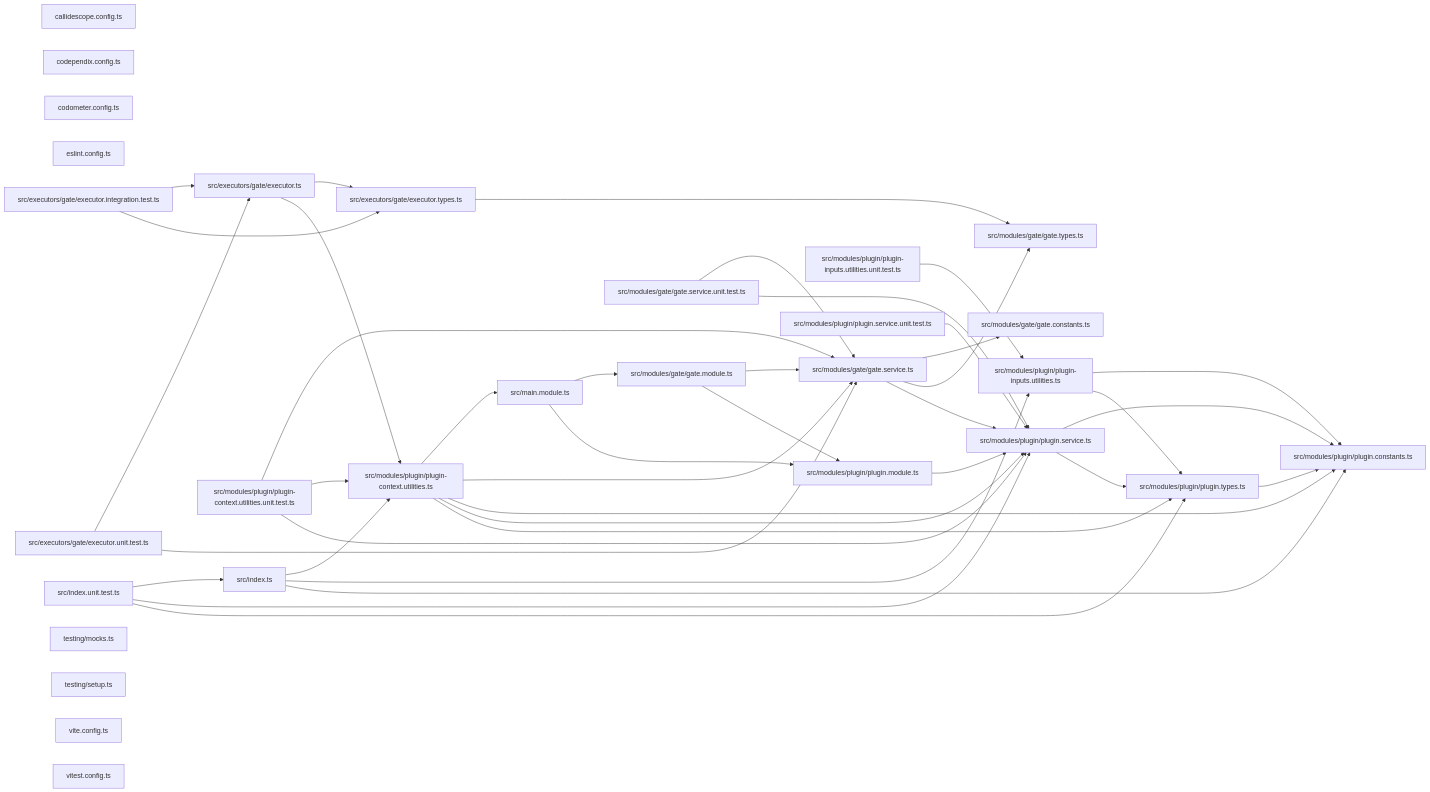
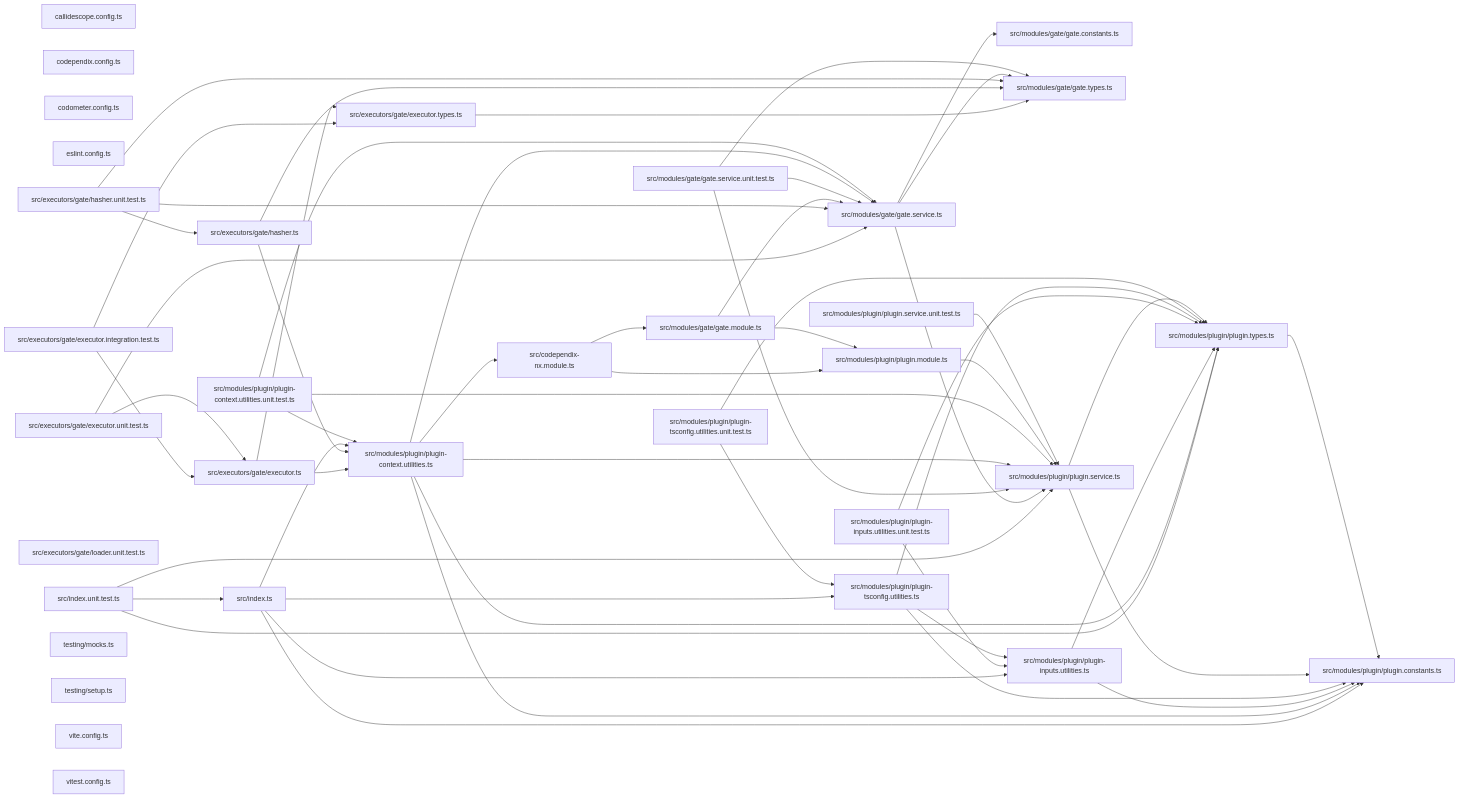
The third of 3 diagrams in projects/ic-suite/codependix/codependix-nx/README.md (organizzolini/codebase), drawn with Mermaid before and after one commit. The commit also changed other lines of this file and 2324 other files, not shown here.

```diff
--- a/projects/ic-suite/codependix/codependix-nx/README.md
+++ b/projects/ic-suite/codependix/codependix-nx/README.md
@@ -257,13 +268,16 @@
   file_codependix_config_ts["codependix.config.ts"]
   file_codometer_config_ts["codometer.config.ts"]
   file_eslint_config_ts["eslint.config.ts"]
+  file_src_codependix_nx_module_ts["src/codependix-nx.module.ts"]
   file_src_executors_gate_executor_integration_test_ts["src/executors/gate/executor.integration.test.ts"]
   file_src_executors_gate_executor_ts["src/executors/gate/executor.ts"]
   file_src_executors_gate_executor_types_ts["src/executors/gate/executor.types.ts"]
   file_src_executors_gate_executor_unit_test_ts["src/executors/gate/executor.unit.test.ts"]
+  file_src_executors_gate_hasher_ts["src/executors/gate/hasher.ts"]
+  file_src_executors_gate_hasher_unit_test_ts["src/executors/gate/hasher.unit.test.ts"]
+  file_src_executors_gate_loader_unit_test_ts["src/executors/gate/loader.unit.test.ts"]
   file_src_index_ts["src/index.ts"]
   file_src_index_unit_test_ts["src/index.unit.test.ts"]
-  file_src_main_module_ts["src/main.module.ts"]
   file_src_modules_gate_gate_constants_ts["src/modules/gate/gate.constants.ts"]
   file_src_modules_gate_gate_module_ts["src/modules/gate/gate.module.ts"]
   file_src_modules_gate_gate_service_ts["src/modules/gate/gate.service.ts"]
@@ -273,6 +287,8 @@
   file_src_modules_plugin_plugin_context_utilities_unit_test_ts["src/modules/plugin/plugin-context.utilities.unit.test.ts"]
   file_src_modules_plugin_plugin_inputs_utilities_ts["src/modules/plugin/plugin-inputs.utilities.ts"]
   file_src_modules_plugin_plugin_inputs_utilities_unit_test_ts["src/modules/plugin/plugin-inputs.utilities.unit.test.ts"]
+  file_src_modules_plugin_plugin_tsconfig_utilities_ts["src/modules/plugin/plugin-tsconfig.utilities.ts"]
+  file_src_modules_plugin_plugin_tsconfig_utilities_unit_test_ts["src/modules/plugin/plugin-tsconfig.utilities.unit.test.ts"]
   file_src_modules_plugin_plugin_constants_ts["src/modules/plugin/plugin.constants.ts"]
   file_src_modules_plugin_plugin_module_ts["src/modules/plugin/plugin.module.ts"]
   file_src_modules_plugin_plugin_service_ts["src/modules/plugin/plugin.service.ts"]
@@ -282,6 +298,8 @@
   file_testing_setup_ts["testing/setup.ts"]
   file_vite_config_ts["vite.config.ts"]
   file_vitest_config_ts["vitest.config.ts"]
+  file_src_codependix_nx_module_ts --> file_src_modules_gate_gate_module_ts
+  file_src_codependix_nx_module_ts --> file_src_modules_plugin_plugin_module_ts
   file_src_executors_gate_executor_integration_test_ts --> file_src_executors_gate_executor_ts
   file_src_executors_gate_executor_integration_test_ts --> file_src_executors_gate_executor_types_ts
   file_src_executors_gate_executor_ts --> file_src_executors_gate_executor_types_ts
@@ -289,22 +307,27 @@
   file_src_executors_gate_executor_types_ts --> file_src_modules_gate_gate_types_ts
   file_src_executors_gate_executor_unit_test_ts --> file_src_executors_gate_executor_ts
   file_src_executors_gate_executor_unit_test_ts --> file_src_modules_gate_gate_service_ts
+  file_src_executors_gate_hasher_ts --> file_src_modules_gate_gate_types_ts
+  file_src_executors_gate_hasher_ts --> file_src_modules_plugin_plugin_context_utilities_ts
+  file_src_executors_gate_hasher_unit_test_ts --> file_src_executors_gate_hasher_ts
+  file_src_executors_gate_hasher_unit_test_ts --> file_src_modules_gate_gate_service_ts
+  file_src_executors_gate_hasher_unit_test_ts --> file_src_modules_gate_gate_types_ts
   file_src_index_ts --> file_src_modules_plugin_plugin_context_utilities_ts
   file_src_index_ts --> file_src_modules_plugin_plugin_inputs_utilities_ts
+  file_src_index_ts --> file_src_modules_plugin_plugin_tsconfig_utilities_ts
   file_src_index_ts --> file_src_modules_plugin_plugin_constants_ts
   file_src_index_unit_test_ts --> file_src_index_ts
   file_src_index_unit_test_ts --> file_src_modules_plugin_plugin_service_ts
   file_src_index_unit_test_ts --> file_src_modules_plugin_plugin_types_ts
-  file_src_main_module_ts --> file_src_modules_gate_gate_module_ts
-  file_src_main_module_ts --> file_src_modules_plugin_plugin_module_ts
   file_src_modules_gate_gate_module_ts --> file_src_modules_gate_gate_service_ts
   file_src_modules_gate_gate_module_ts --> file_src_modules_plugin_plugin_module_ts
   file_src_modules_gate_gate_service_ts --> file_src_modules_gate_gate_constants_ts
   file_src_modules_gate_gate_service_ts --> file_src_modules_gate_gate_types_ts
   file_src_modules_gate_gate_service_ts --> file_src_modules_plugin_plugin_service_ts
   file_src_modules_gate_gate_service_unit_test_ts --> file_src_modules_gate_gate_service_ts
+  file_src_modules_gate_gate_service_unit_test_ts --> file_src_modules_gate_gate_types_ts
   file_src_modules_gate_gate_service_unit_test_ts --> file_src_modules_plugin_plugin_service_ts
-  file_src_modules_plugin_plugin_context_utilities_ts --> file_src_main_module_ts
+  file_src_modules_plugin_plugin_context_utilities_ts --> file_src_codependix_nx_module_ts
   file_src_modules_plugin_plugin_context_utilities_ts --> file_src_modules_gate_gate_service_ts
   file_src_modules_plugin_plugin_context_utilities_ts --> file_src_modules_plugin_plugin_constants_ts
   file_src_modules_plugin_plugin_context_utilities_ts --> file_src_modules_plugin_plugin_service_ts
@@ -315,6 +338,12 @@
   file_src_modules_plugin_plugin_inputs_utilities_ts --> file_src_modules_plugin_plugin_constants_ts
   file_src_modules_plugin_plugin_inputs_utilities_ts --> file_src_modules_plugin_plugin_types_ts
   file_src_modules_plugin_plugin_inputs_utilities_unit_test_ts --> file_src_modules_plugin_plugin_inputs_utilities_ts
+  file_src_modules_plugin_plugin_inputs_utilities_unit_test_ts --> file_src_modules_plugin_plugin_types_ts
+  file_src_modules_plugin_plugin_tsconfig_utilities_ts --> file_src_modules_plugin_plugin_inputs_utilities_ts
+  file_src_modules_plugin_plugin_tsconfig_utilities_ts --> file_src_modules_plugin_plugin_constants_ts
+  file_src_modules_plugin_plugin_tsconfig_utilities_ts --> file_src_modules_plugin_plugin_types_ts
+  file_src_modules_plugin_plugin_tsconfig_utilities_unit_test_ts --> file_src_modules_plugin_plugin_tsconfig_utilities_ts
+  file_src_modules_plugin_plugin_tsconfig_utilities_unit_test_ts --> file_src_modules_plugin_plugin_types_ts
   file_src_modules_plugin_plugin_module_ts --> file_src_modules_plugin_plugin_service_ts
   file_src_modules_plugin_plugin_service_ts --> file_src_modules_plugin_plugin_constants_ts
   file_src_modules_plugin_plugin_service_ts --> file_src_modules_plugin_plugin_types_ts
```
